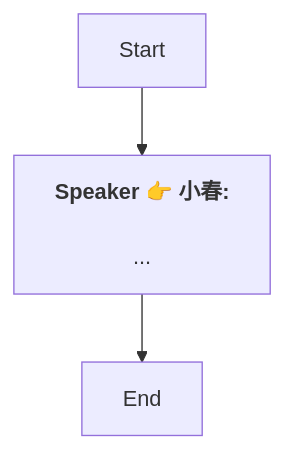
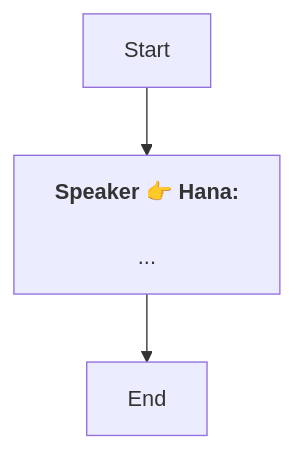
The diagram in Zh/Dialog_55347137481345.md (SoftHu/tos_avg), drawn with Mermaid before and after one commit. The commit also changed 737 other files, not shown here.

````diff
--- a/Zh/Dialog_55347137481345.md
+++ b/Zh/Dialog_55347137481345.md
@@ -1,8 +1,7 @@
 ```mermaid
 graph
-Start -->1771108441161779[<b>Speaker 👉 小春:</b>
-
-...]
+Start -->1771108441161779[<b>Speaker 👉 Hana:</b>
+\n...]
 1771108441161779 -->1771108434578481[End]
 
- ```
+```
````
